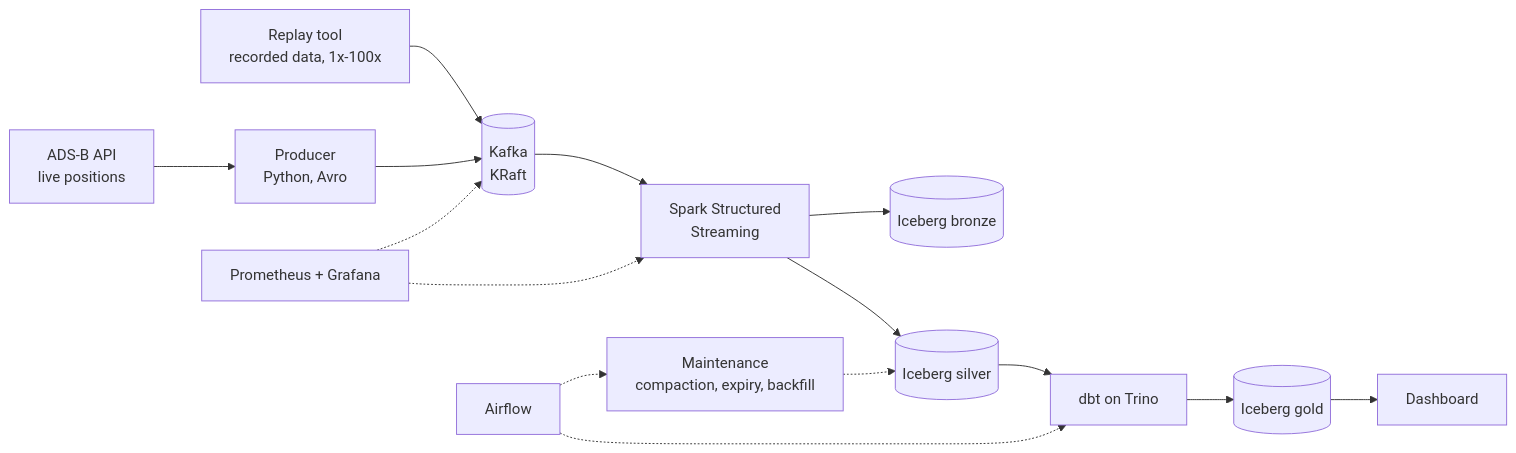
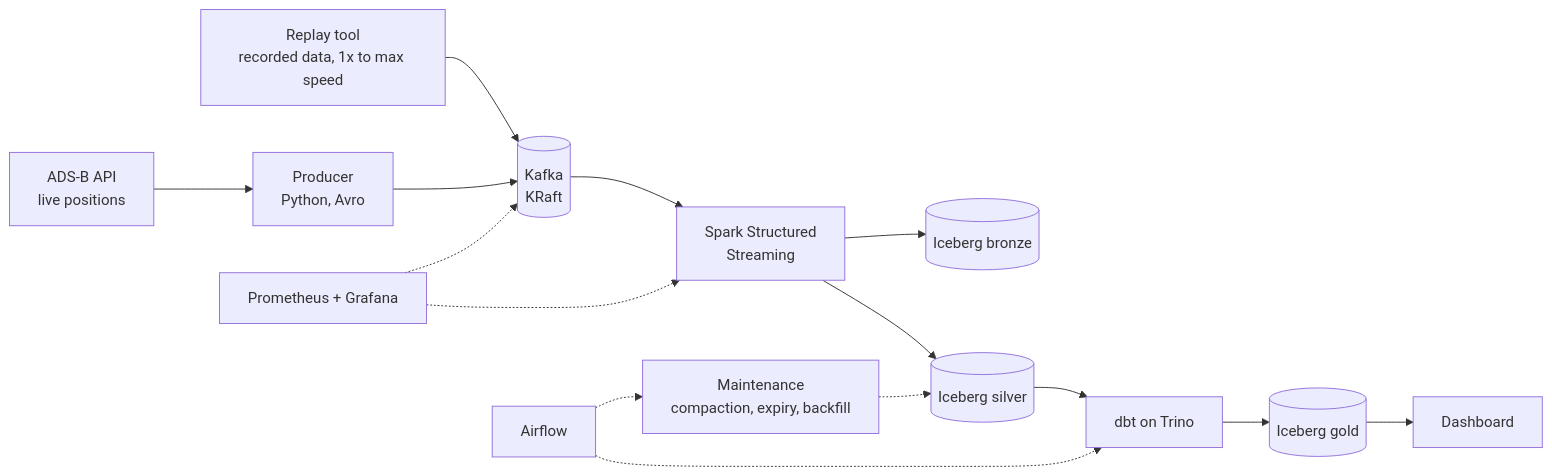
The diagram in PLAN.md (javigarlop/flight-lakehouse), drawn with Mermaid before and after one commit. The commit also changed other lines of this file and 25 other files, not shown here.

````diff
--- a/PLAN.md
+++ b/PLAN.md
@@ -33,17 +33,17 @@
 ```mermaid
 flowchart LR
     A[ADS-B API<br/>live positions] --> B[Producer<br/>Python, Avro]
-    R[Replay tool<br/>recorded data, 1x-100x] --> K
+    R[Replay tool<br/>recorded data, 1x to max speed] --> K
     B --> K[(Kafka<br/>KRaft)]
     K --> S[Spark Structured<br/>Streaming]
     S --> BR[(Iceberg bronze)]
     S --> SI[(Iceberg silver)]
     SI --> D[dbt on Trino]
     D --> G[(Iceberg gold)]
     G --> V[Dashboard]
     AF[Airflow] -.-> D
     AF -.-> M[Maintenance<br/>compaction, expiry, backfill]
     M -.-> SI
     P[Prometheus + Grafana] -.-> K
     P -.-> S
 ```
````
